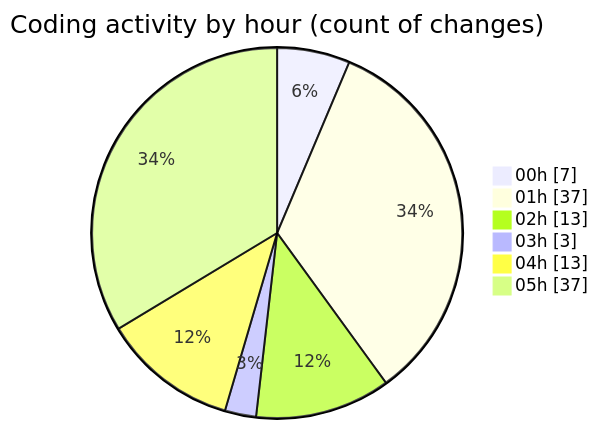
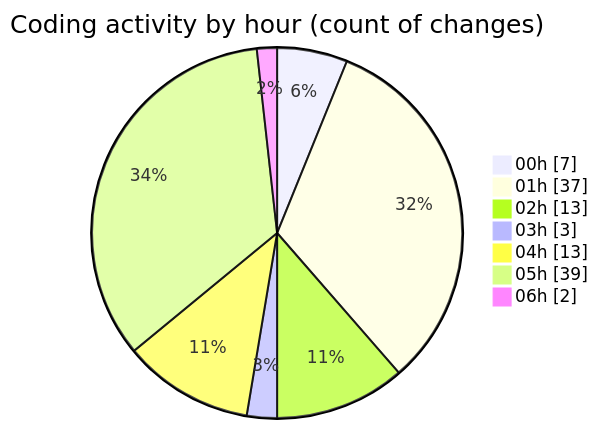
The second of 2 diagrams in 2025-02-23/micros/README.md (charlie-sans/code-tracking), drawn with Mermaid before and after one commit. The commit also changed other lines of this file and 1 other file, not shown here.

````diff
--- a/2025-02-23/micros/README.md
+++ b/2025-02-23/micros/README.md
@@ -60,10 +60,11 @@
 ```mermaid
 pie showData
 title Coding activity by hour (count of changes)
 "00h" : 7
 "01h" : 37
 "02h" : 13
 "03h" : 3
 "04h" : 13
-"05h" : 37
+"05h" : 39
+"06h" : 2
 ```
````
